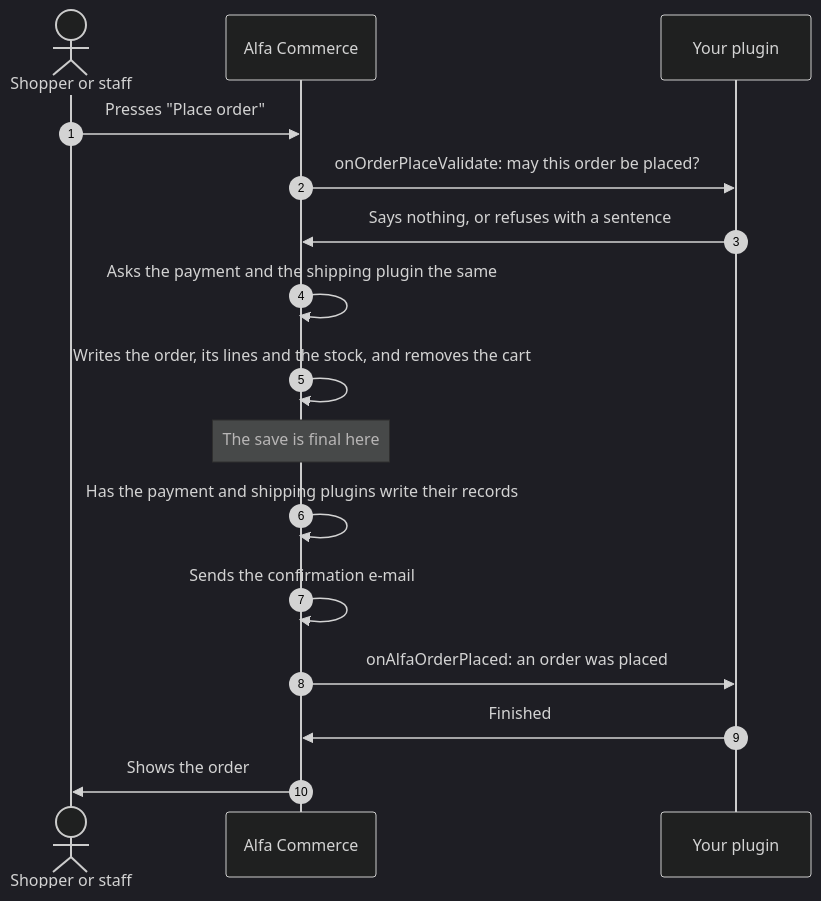
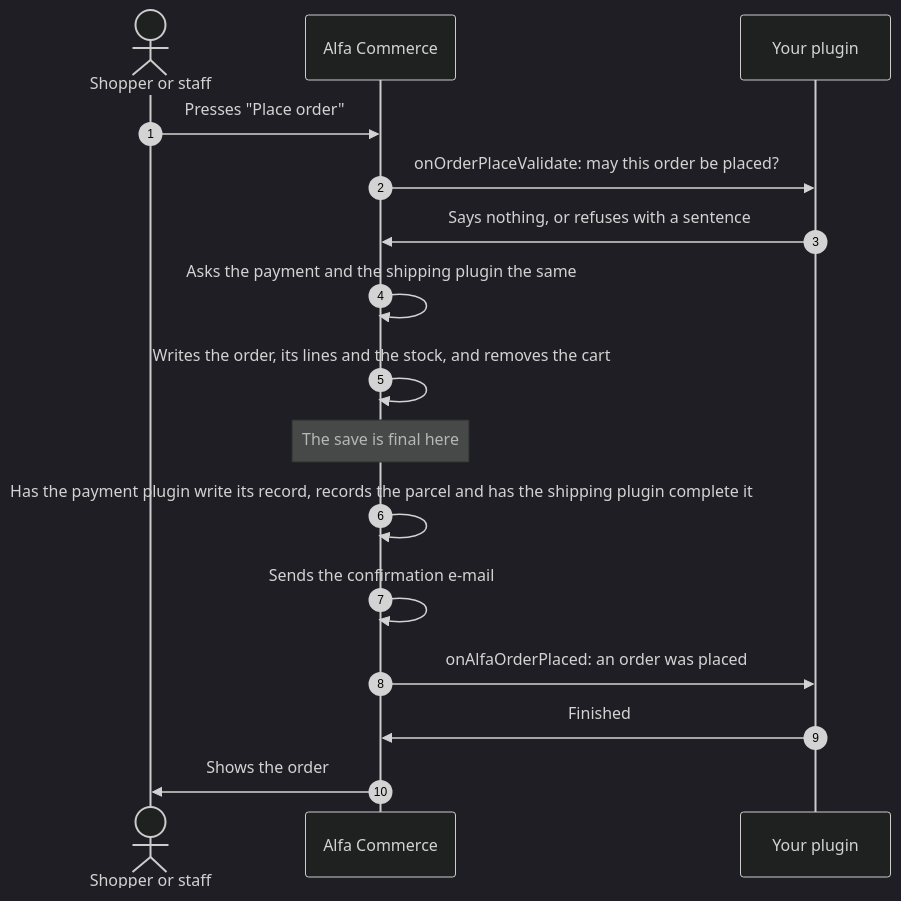
One commit to Easylogic-CO-LP/Alfa-Commerce-Manual changed the second of 3 diagrams in docs/events/order-and-cart-events.md. Above: the diagram before and after it, drawn with Mermaid (dark theme). The commit also changed other lines of this file, not shown here.

Commit message:
Order and cart events, checked against the code: the cart and placement events go through the helper's For calls, step 6 is onOrderAfterPlace with Alfa recording the parcel, the status task when the listeners cannot be known, why an addressed event is never called

````diff
--- a/docs/events/order-and-cart-events.md
+++ b/docs/events/order-and-cart-events.md
@@ -257,18 +257,18 @@
 ```mermaid
 sequenceDiagram
     autonumber
     actor Person as Shopper or staff
     participant Alfa as Alfa Commerce
     participant P as Your plugin
     Person->>Alfa: Presses "Place order"
     Alfa->>P: onOrderPlaceValidate: may this order be placed?
     P->>Alfa: Says nothing, or refuses with a sentence
     Alfa->>Alfa: Asks the payment and the shipping plugin the same
     Alfa->>Alfa: Writes the order, its lines and the stock, and removes the cart
     Note over Alfa: The save is final here
-    Alfa->>Alfa: Has the payment and shipping plugins write their records
+    Alfa->>Alfa: Has the payment plugin write its record, records the parcel and has the shipping plugin complete it
     Alfa->>Alfa: Sends the confirmation e-mail
     Alfa->>P: onAlfaOrderPlaced: an order was placed
     P->>Alfa: Finished
     Alfa->>Person: Shows the order
 ```
````
